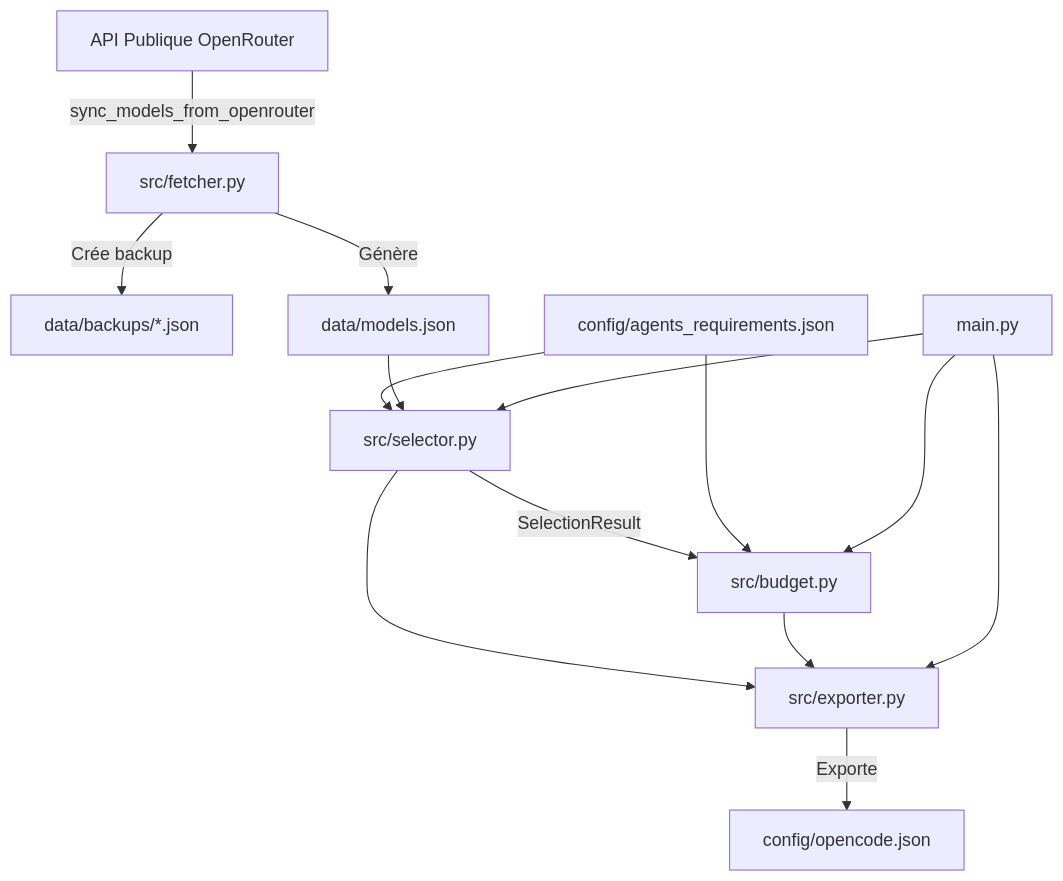
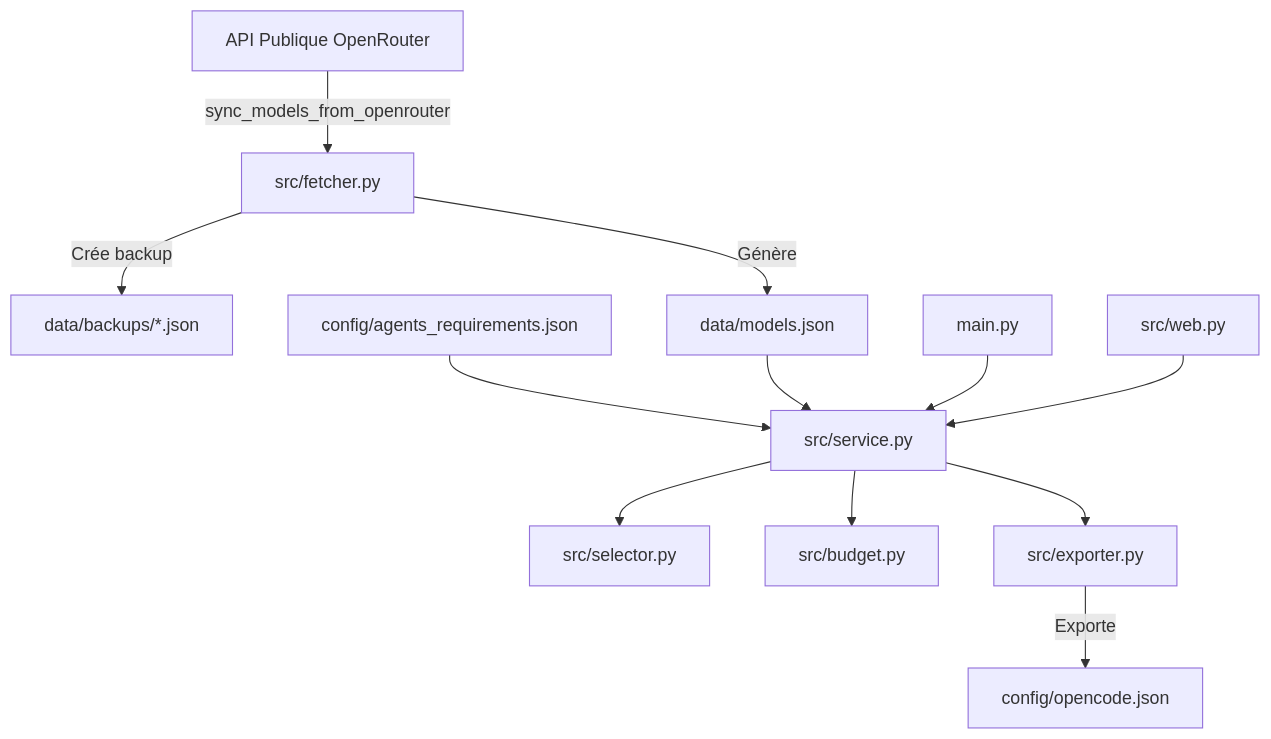
The diagram in AGENTS.md (toma-e/modelscope), drawn with Mermaid before and after one commit. The commit also changed other lines of this file and 16 other files, not shown here.

First line of the commit message:
feat: implémenter l'interface web locale et le service applicatif

````diff
--- a/AGENTS.md
+++ b/AGENTS.md
@@ -18,20 +18,16 @@
 ```mermaid
 flowchart TD
     OR["API Publique OpenRouter"] -->|sync_models_from_openrouter| FET["src/fetcher.py"]
     FET -->|Crée backup| BKP["data/backups/*.json"]
     FET -->|Génère| MJ["data/models.json"]
     
-    AR["config/agents_requirements.json"] --> SEL["src/selector.py"]
-    MJ --> SEL
-    
-    SEL -->|SelectionResult| BUD["src/budget.py"]
-    AR --> BUD
-    
-    SEL --> EXP["src/exporter.py"]
-    BUD --> EXP
+    AR["config/agents_requirements.json"] --> SVC["src/service.py"]
+    MJ --> SVC
+    SVC --> SEL["src/selector.py"]
+    SVC --> BUD["src/budget.py"]
+    SVC --> EXP["src/exporter.py"]
     EXP -->|Exporte| OC["config/opencode.json"]
     
-    CLI["main.py"] --> SEL
-    CLI --> BUD
-    CLI --> EXP
+    CLI["main.py"] --> SVC
+    WEB["src/web.py"] --> SVC
 ```
````
